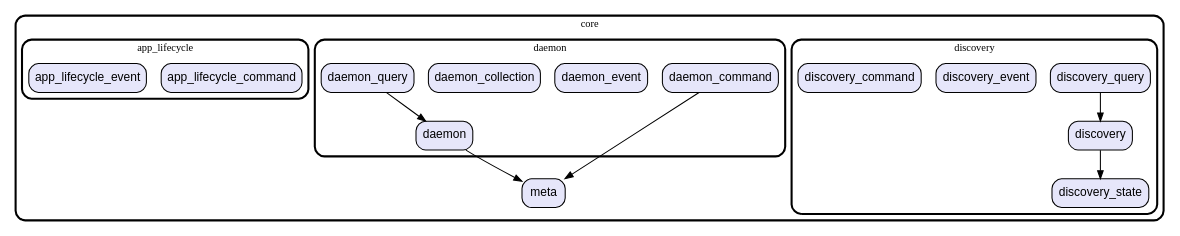
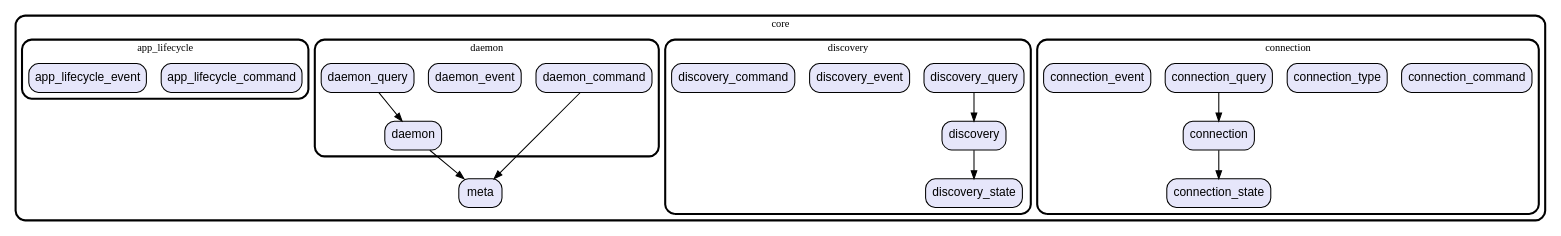
One commit to gev/reacthome-mobile changed the diagram in graph/lib/core.dot. Above: the diagram before and after it, drawn with Graphviz. The commit also changed 22 other files, not shown here.

Commit message:
update dependencies graph

```diff
--- a/graph/lib/core.dot
+++ b/graph/lib/core.dot
@@ -1,48 +1,63 @@
 digraph "" {
   graph [style=rounded fontname="Arial Black" fontsize=13 penwidth=2.6];
   node [shape=rect style="filled,rounded" fontname=Arial fontsize=15 fillcolor=Lavender penwidth=1.3];
   edge [penwidth=1.3];
   "/meta.dart" [label="meta"];
+  "/connection/connection_command.dart" [label="connection_command"];
+  "/connection/connection_type.dart" [label="connection_type"];
+  "/connection/connection.dart" [label="connection"];
+  "/connection/connection_state.dart" [label="connection_state"];
+  "/connection/connection_query.dart" [label="connection_query"];
+  "/connection/connection_event.dart" [label="connection_event"];
   "/discovery/discovery_state.dart" [label="discovery_state"];
   "/discovery/discovery_query.dart" [label="discovery_query"];
   "/discovery/discovery_event.dart" [label="discovery_event"];
   "/discovery/discovery_command.dart" [label="discovery_command"];
   "/discovery/discovery.dart" [label="discovery"];
   "/daemon/daemon.dart" [label="daemon"];
   "/daemon/daemon_query.dart" [label="daemon_query"];
   "/daemon/daemon_event.dart" [label="daemon_event"];
-  "/daemon/daemon_collection.dart" [label="daemon_collection"];
   "/daemon/daemon_command.dart" [label="daemon_command"];
   "/app_lifecycle/app_lifecycle_command.dart" [label="app_lifecycle_command"];
   "/app_lifecycle/app_lifecycle_event.dart" [label="app_lifecycle_event"];
   subgraph "cluster~" {
     label="core";
     "/meta.dart";
+    subgraph "cluster~/connection" {
+      label="connection";
+      "/connection/connection_command.dart";
+      "/connection/connection_type.dart";
+      "/connection/connection.dart";
+      "/connection/connection_state.dart";
+      "/connection/connection_query.dart";
+      "/connection/connection_event.dart";
+    }
     subgraph "cluster~/discovery" {
       label="discovery";
       "/discovery/discovery_state.dart";
       "/discovery/discovery_query.dart";
       "/discovery/discovery_event.dart";
       "/discovery/discovery_command.dart";
       "/discovery/discovery.dart";
     }
     subgraph "cluster~/daemon" {
       label="daemon";
       "/daemon/daemon.dart";
       "/daemon/daemon_query.dart";
       "/daemon/daemon_event.dart";
-      "/daemon/daemon_collection.dart";
       "/daemon/daemon_command.dart";
     }
     subgraph "cluster~/app_lifecycle" {
       label="app_lifecycle";
       "/app_lifecycle/app_lifecycle_command.dart";
       "/app_lifecycle/app_lifecycle_event.dart";
     }
   }
+  "/connection/connection.dart" -> "/connection/connection_state.dart";
+  "/connection/connection_query.dart" -> "/connection/connection.dart";
   "/discovery/discovery_query.dart" -> "/discovery/discovery.dart";
   "/discovery/discovery.dart" -> "/discovery/discovery_state.dart";
   "/daemon/daemon.dart" -> "/meta.dart";
   "/daemon/daemon_query.dart" -> "/daemon/daemon.dart";
   "/daemon/daemon_command.dart" -> "/meta.dart";
 }
```
